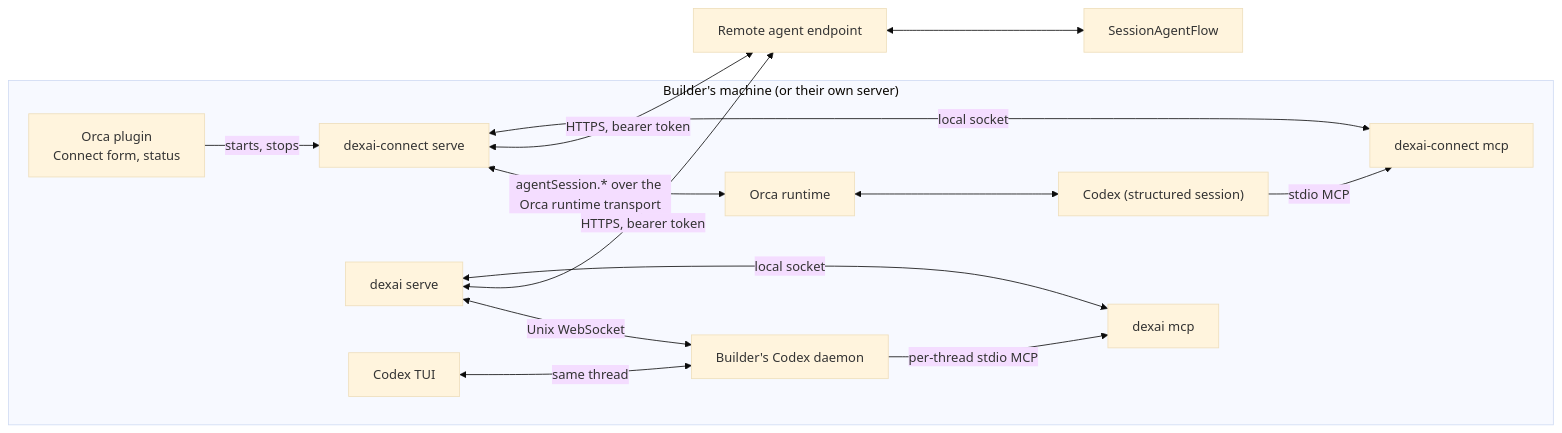
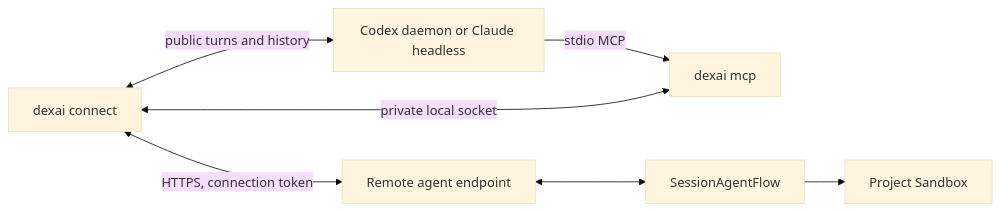
The diagram in docs/architecture/remote-agent/bridge.md (superdurable/superverse), drawn with Mermaid (base theme) before and after one commit. The commit also changed other lines of this file and 92 other files, not shown here.

First line of the commit message:
DEPRECATECONNECT: Retire dexai-connect and move its shared client code into dexai

````diff
--- a/docs/architecture/remote-agent/bridge.md
+++ b/docs/architecture/remote-agent/bridge.md
@@ -12,17 +11,9 @@
 ```mermaid
 flowchart LR
-  subgraph Machine["Builder's machine (or their own server)"]
-    plugin["Orca plugin<br/>Connect form, status"] -->|starts, stops| serve["dexai-connect serve"]
-    serve <-->|"agentSession.* over the Orca runtime transport"| orca["Orca runtime"]
-    orca <--> codex["Codex (structured session)"]
-    codex -->|"stdio MCP"| mcp["dexai-connect mcp"]
-    mcp <-->|"local socket"| serve
-    direct["dexai serve"] <-->|"Unix WebSocket"| daemon["Builder's Codex daemon"]
-    tui["Codex TUI"] <-->|"same thread"| daemon
-    daemon -->|"per-thread stdio MCP"| directMCP["dexai mcp"]
-    directMCP <-->|"local socket"| direct
-  end
-  serve <-->|"HTTPS, bearer token"| endpoint["Remote agent endpoint"]
-  direct <-->|"HTTPS, bearer token"| endpoint
+  connect["dexai connect"] <-->|"public turns and history"| provider["Codex daemon or Claude headless"]
+  provider -->|"stdio MCP"| mcp["dexai mcp"]
+  mcp <-->|"private local socket"| connect
+  connect <-->|"HTTPS, connection token"| endpoint["Remote agent endpoint"]
   endpoint <--> session["SessionAgentFlow"]
+  session --> sandbox["Project Sandbox"]
 ```
````
